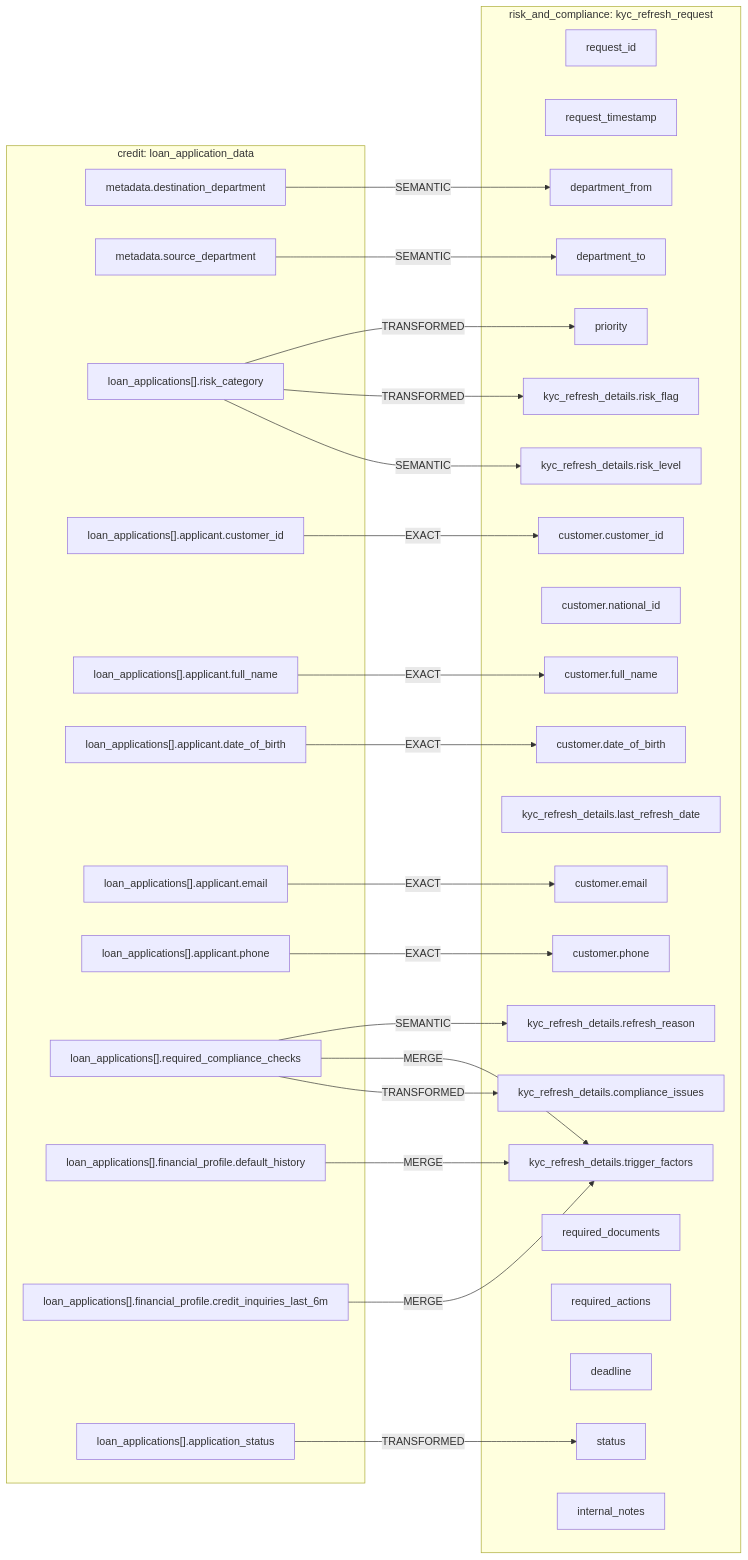
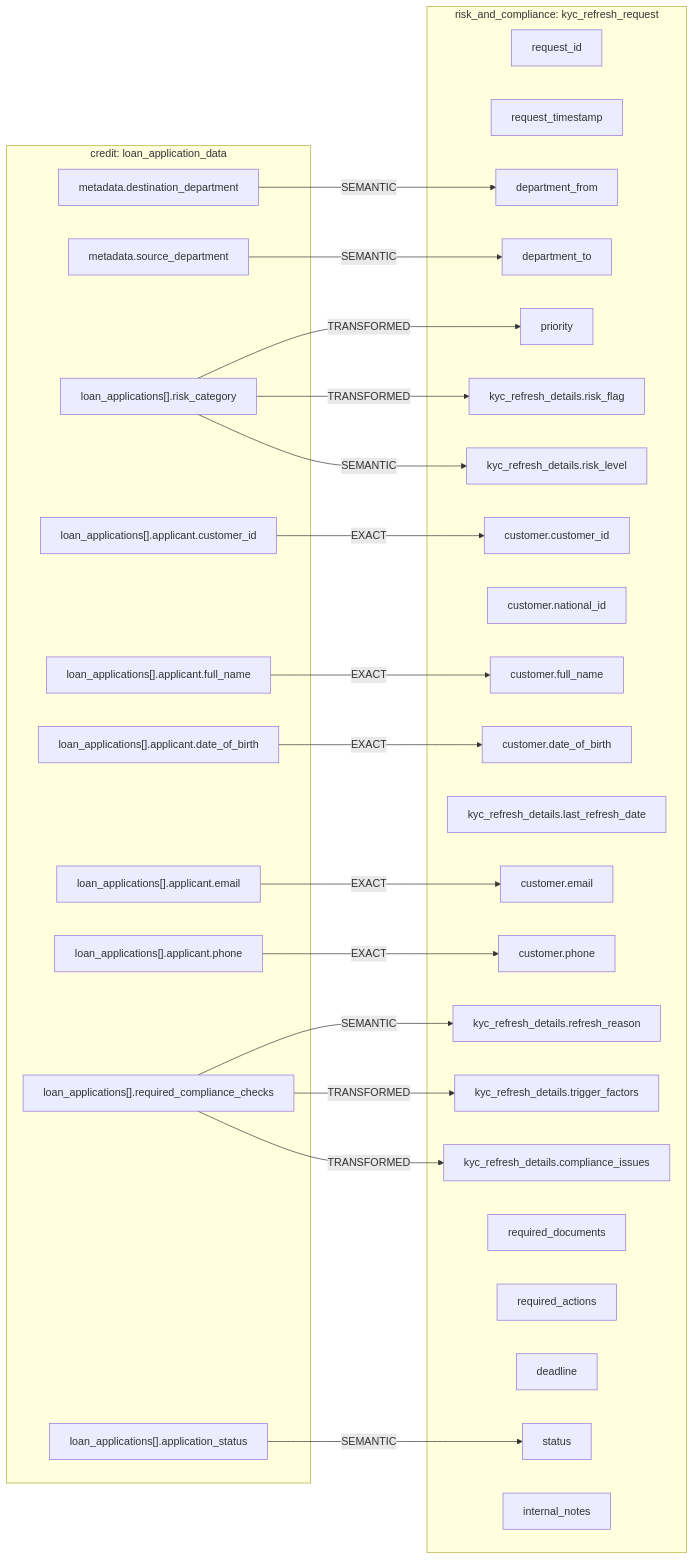
Before and after one commit to MAKWilkinson/HSBC-Data-Fabric-PoC-v2: the diagram in mermaids/risk_and_compliance/customer/kyc_refresh_request__from__credit__loan_application_data.mmd, drawn with Mermaid. The commit also changed 257 other files, not shown here.

```diff
--- a/mermaids/risk_and_compliance/customer/kyc_refresh_request__from__credit__loan_application_data.mmd
+++ b/mermaids/risk_and_compliance/customer/kyc_refresh_request__from__credit__loan_application_data.mmd
@@ -1,55 +1,51 @@
 flowchart LR
   subgraph IN["credit: loan_application_data"]
     in_metadata_destination_department["metadata.destination_department"]
     in_metadata_source_department["metadata.source_department"]
     in_loan_applications___risk_category["loan_applications[].risk_category"]
     in_loan_applications___applicant_customer_id["loan_applications[].applicant.customer_id"]
     in_loan_applications___applicant_full_name["loan_applications[].applicant.full_name"]
     in_loan_applications___applicant_date_of_birth["loan_applications[].applicant.date_of_birth"]
     in_loan_applications___applicant_email["loan_applications[].applicant.email"]
     in_loan_applications___applicant_phone["loan_applications[].applicant.phone"]
     in_loan_applications___required_compliance_checks["loan_applications[].required_compliance_checks"]
-    in_loan_applications___financial_profile_default_history["loan_applications[].financial_profile.default_history"]
-    in_loan_applications___financial_profile_credit_inquiries_last_6m["loan_applications[].financial_profile.credit_inquiries_last_6m"]
     in_loan_applications___application_status["loan_applications[].application_status"]
   end
   subgraph OUT["risk_and_compliance: kyc_refresh_request"]
     out_request_id["request_id"]
     out_request_timestamp["request_timestamp"]
     out_department_from["department_from"]
     out_department_to["department_to"]
     out_priority["priority"]
     out_customer_customer_id["customer.customer_id"]
     out_customer_full_name["customer.full_name"]
     out_customer_date_of_birth["customer.date_of_birth"]
     out_customer_national_id["customer.national_id"]
     out_customer_email["customer.email"]
     out_customer_phone["customer.phone"]
     out_kyc_refresh_details_last_refresh_date["kyc_refresh_details.last_refresh_date"]
     out_kyc_refresh_details_refresh_reason["kyc_refresh_details.refresh_reason"]
     out_kyc_refresh_details_risk_flag["kyc_refresh_details.risk_flag"]
     out_kyc_refresh_details_risk_level["kyc_refresh_details.risk_level"]
     out_kyc_refresh_details_trigger_factors["kyc_refresh_details.trigger_factors"]
     out_kyc_refresh_details_compliance_issues["kyc_refresh_details.compliance_issues"]
     out_required_documents["required_documents"]
     out_required_actions["required_actions"]
     out_deadline["deadline"]
     out_status["status"]
     out_internal_notes["internal_notes"]
   end
   in_metadata_destination_department -->|SEMANTIC| out_department_from
   in_metadata_source_department -->|SEMANTIC| out_department_to
   in_loan_applications___risk_category -->|TRANSFORMED| out_priority
   in_loan_applications___applicant_customer_id -->|EXACT| out_customer_customer_id
   in_loan_applications___applicant_full_name -->|EXACT| out_customer_full_name
   in_loan_applications___applicant_date_of_birth -->|EXACT| out_customer_date_of_birth
   in_loan_applications___applicant_email -->|EXACT| out_customer_email
   in_loan_applications___applicant_phone -->|EXACT| out_customer_phone
   in_loan_applications___required_compliance_checks -->|SEMANTIC| out_kyc_refresh_details_refresh_reason
   in_loan_applications___risk_category -->|TRANSFORMED| out_kyc_refresh_details_risk_flag
   in_loan_applications___risk_category -->|SEMANTIC| out_kyc_refresh_details_risk_level
-  in_loan_applications___required_compliance_checks -->|MERGE| out_kyc_refresh_details_trigger_factors
-  in_loan_applications___financial_profile_default_history -->|MERGE| out_kyc_refresh_details_trigger_factors
-  in_loan_applications___financial_profile_credit_inquiries_last_6m -->|MERGE| out_kyc_refresh_details_trigger_factors
+  in_loan_applications___required_compliance_checks -->|TRANSFORMED| out_kyc_refresh_details_trigger_factors
   in_loan_applications___required_compliance_checks -->|TRANSFORMED| out_kyc_refresh_details_compliance_issues
-  in_loan_applications___application_status -->|TRANSFORMED| out_status
+  in_loan_applications___application_status -->|SEMANTIC| out_status
```
